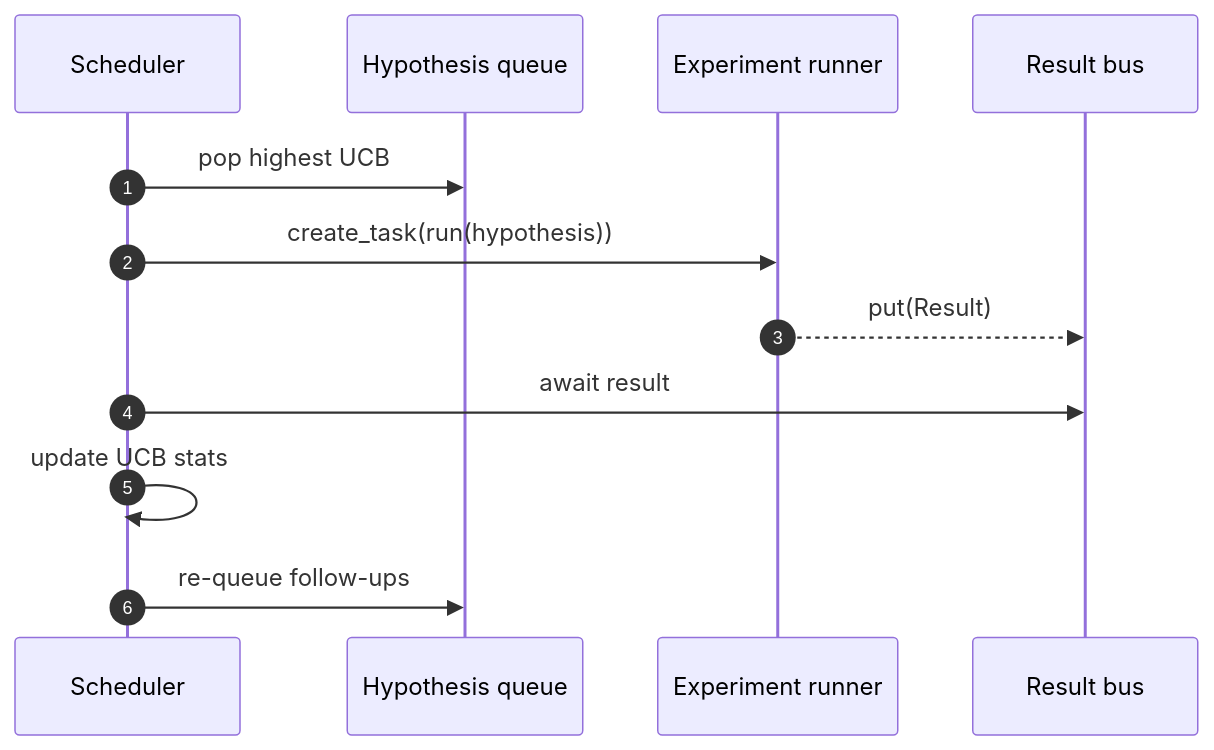
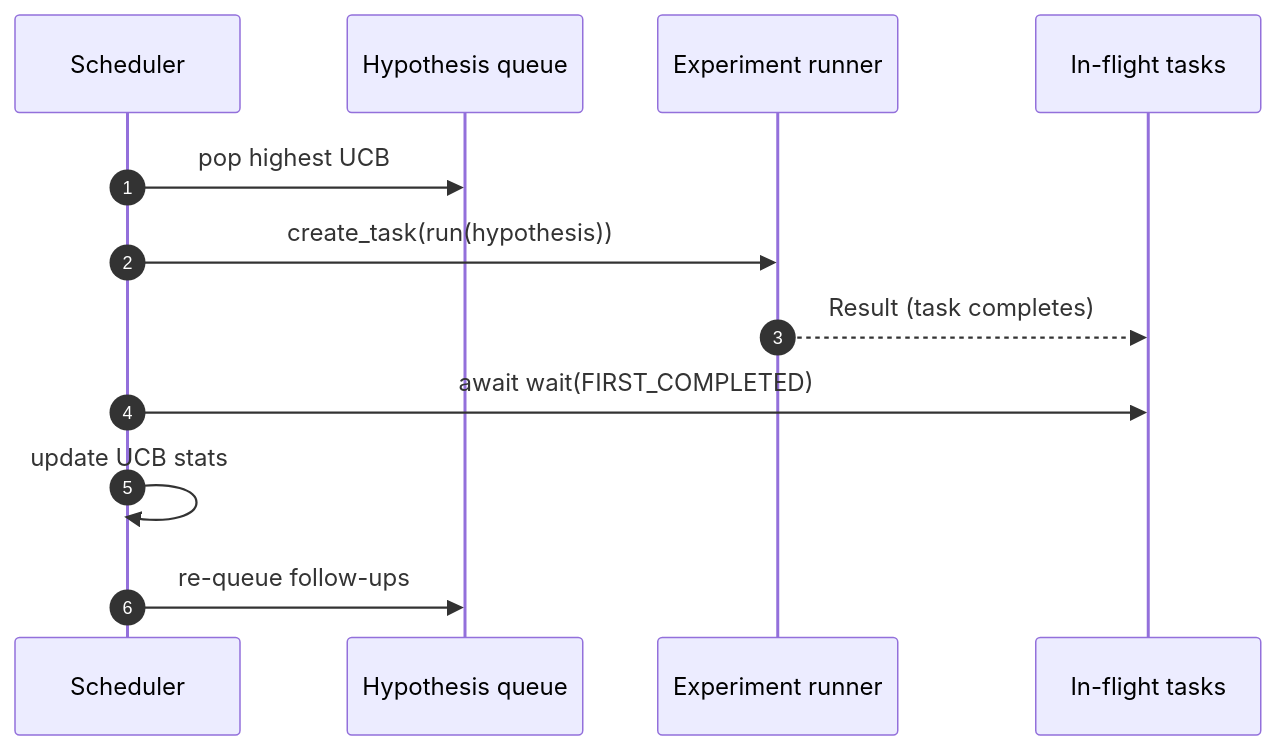
One commit to josh6011/ai-engineering changed the third of 3 diagrams in phases/19-capstone-projects/56-iteration-scheduler/docs/en.md. Above: the diagram before and after it, drawn with Mermaid. The commit also changed other lines of this file and 1 other file, not shown here.

Commit message:
fix(phase-19/56): address CodeRabbit review
- Result and drain paths now use stats.setdefault, so a runner that
  returns an unseen branch records the result instead of crashing
- Drain phase evaluates paper.trigger after updating stats, so valid
  triggers fired post-budget/deadline are no longer dropped
- Concurrency doc reflects the FIRST_COMPLETED in-flight wait + fixed
  delay_ms, matching the runner implementation

````diff
--- a/phases/19-capstone-projects/56-iteration-scheduler/docs/en.md
+++ b/phases/19-capstone-projects/56-iteration-scheduler/docs/en.md
@@ -72,14 +72,14 @@
 ```mermaid
 sequenceDiagram
     autonumber
     participant S as Scheduler
     participant Q as Hypothesis queue
     participant R as Experiment runner
-    participant B as Result bus
+    participant T as In-flight tasks
     S->>Q: pop highest UCB
     S->>R: create_task(run(hypothesis))
-    R-->>B: put(Result)
-    S->>B: await result
+    R-->>T: Result (task completes)
+    S->>T: await wait(FIRST_COMPLETED)
     S->>S: update UCB stats
     S->>Q: re-queue follow-ups
 ```
````
